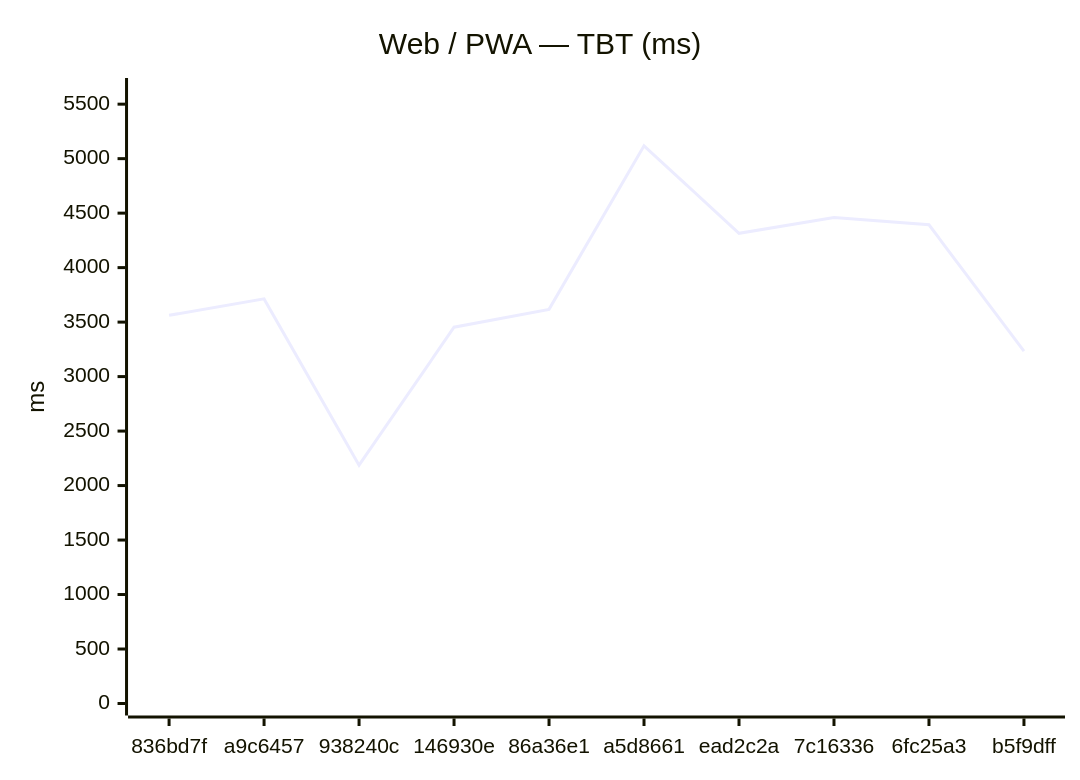
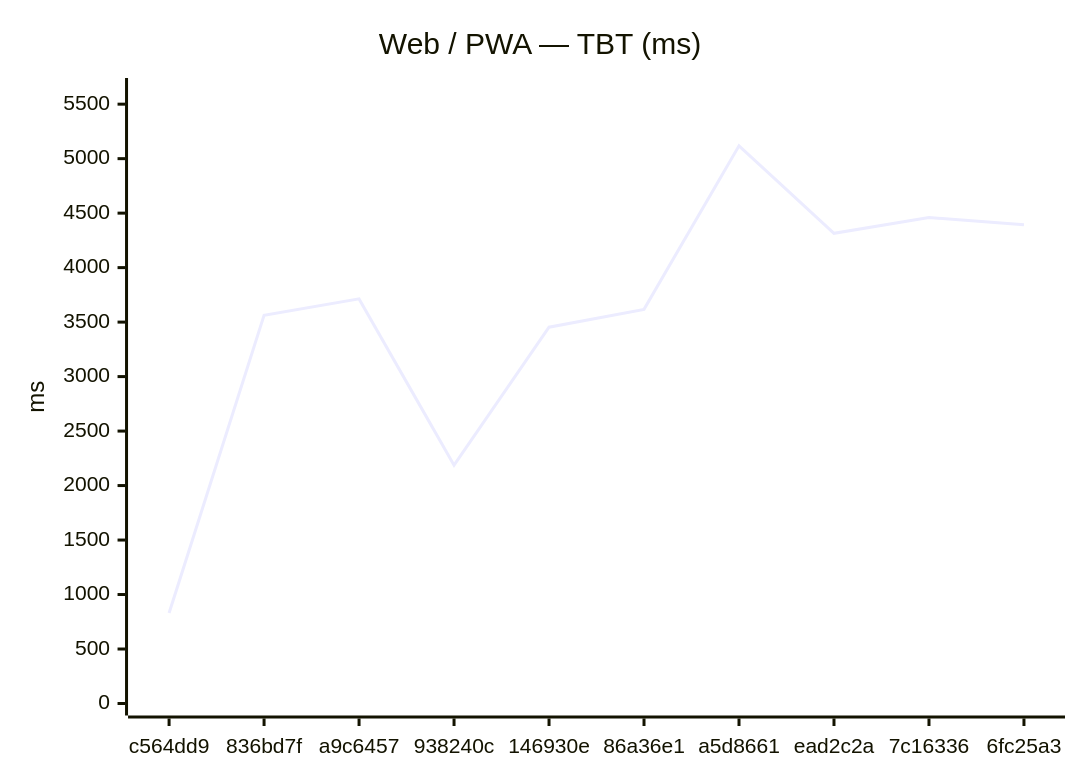
Before and after one commit to Metaheurist/Rianell: the second of 12 diagrams in benchmarks/compare.md, drawn with Mermaid. The commit also changed other lines of this file and 8 other files, not shown here.

````diff
--- a/benchmarks/compare.md
+++ b/benchmarks/compare.md
@@ -31,7 +31,7 @@
 ```mermaid
 xychart-beta
     title "Web / PWA — TBT (ms)"
-    x-axis ["836bd7f", "a9c6457", "938240c", "146930e", "86a36e1", "a5d8661", "ead2c2a", "7c16336", "6fc25a3", "b5f9dff"]
+    x-axis ["c564dd9", "836bd7f", "a9c6457", "938240c", "146930e", "86a36e1", "a5d8661", "ead2c2a", "7c16336", "6fc25a3"]
     y-axis "ms" 0 --> 5630
-    line [3562, 3713, 2187, 3453, 3617, 5118, 4315, 4460, 4393, 3233]
+    line [830, 3562, 3713, 2187, 3453, 3617, 5118, 4315, 4460, 4393]
 ```
````
